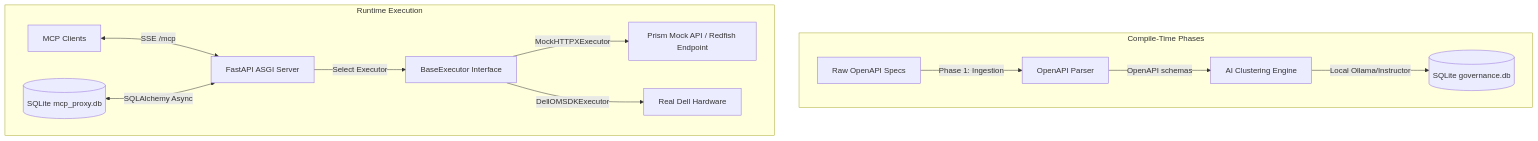
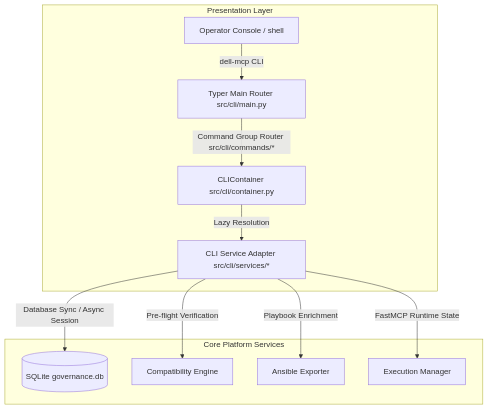
One commit to Surya-5555/drake changed the diagram in README.md. Above: the diagram before and after it, drawn with Mermaid. The commit also changed other lines of this file and 87 other files, not shown here.

Commit message:
feat: implement comprehensive CLI framework, AI-driven clustering engine, and microservice proxy infrastructure

````diff
--- a/README.md
+++ b/README.md
@@ -11,15 +19,14 @@
 ```mermaid
 flowchart TD
-    subgraph Compile-Time Phases
-        A[Raw OpenAPI Specs] -->|Phase 1: Ingestion| B[OpenAPI Parser]
-        B -->|OpenAPI schemas| C[AI Clustering Engine]
-        C -->|Local Ollama/Instructor| D[(SQLite governance.db)]
+    subgraph Presentation Layer
+        A[Operator Console / shell] -->|dell-mcp CLI| B[Typer Main Router src/cli/main.py]
+        B -->|Command Group Router src/cli/commands/*| C[CLIContainer src/cli/container.py]
+        C -->|Lazy Resolution| D[CLI Service Adapter src/cli/services/*]
     end
-    subgraph Runtime Execution
-        E[MCP Clients] <-->|SSE /mcp| F[FastAPI ASGI Server]
-        G[(SQLite mcp_proxy.db)] <-->|SQLAlchemy Async| F
-        F -->|Select Executor| H[BaseExecutor Interface]
-        H -->|MockHTTPXExecutor| I[Prism Mock API / Redfish Endpoint]
-        H -->|DellOMSDKExecutor| J[Real Dell Hardware]
+    subgraph Core Platform Services
+        D -->|Database Sync / Async Session| E[(SQLite governance.db)]
+        D -->|Pre-flight Verification| F[Compatibility Engine]
+        D -->|Playbook Enrichment| G[Ansible Exporter]
+        D -->|FastMCP Runtime State| H[Execution Manager]
     end
 ```
````
